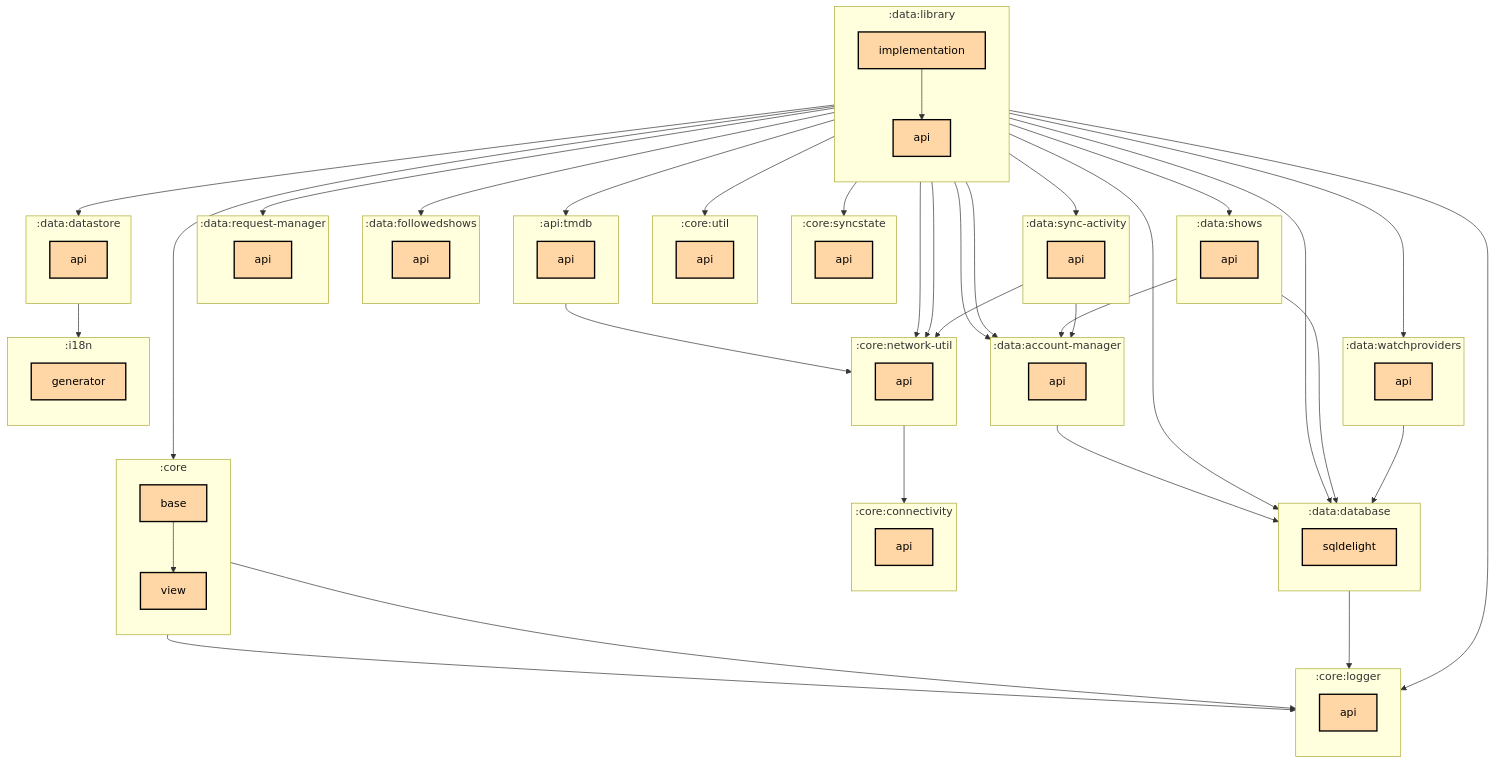
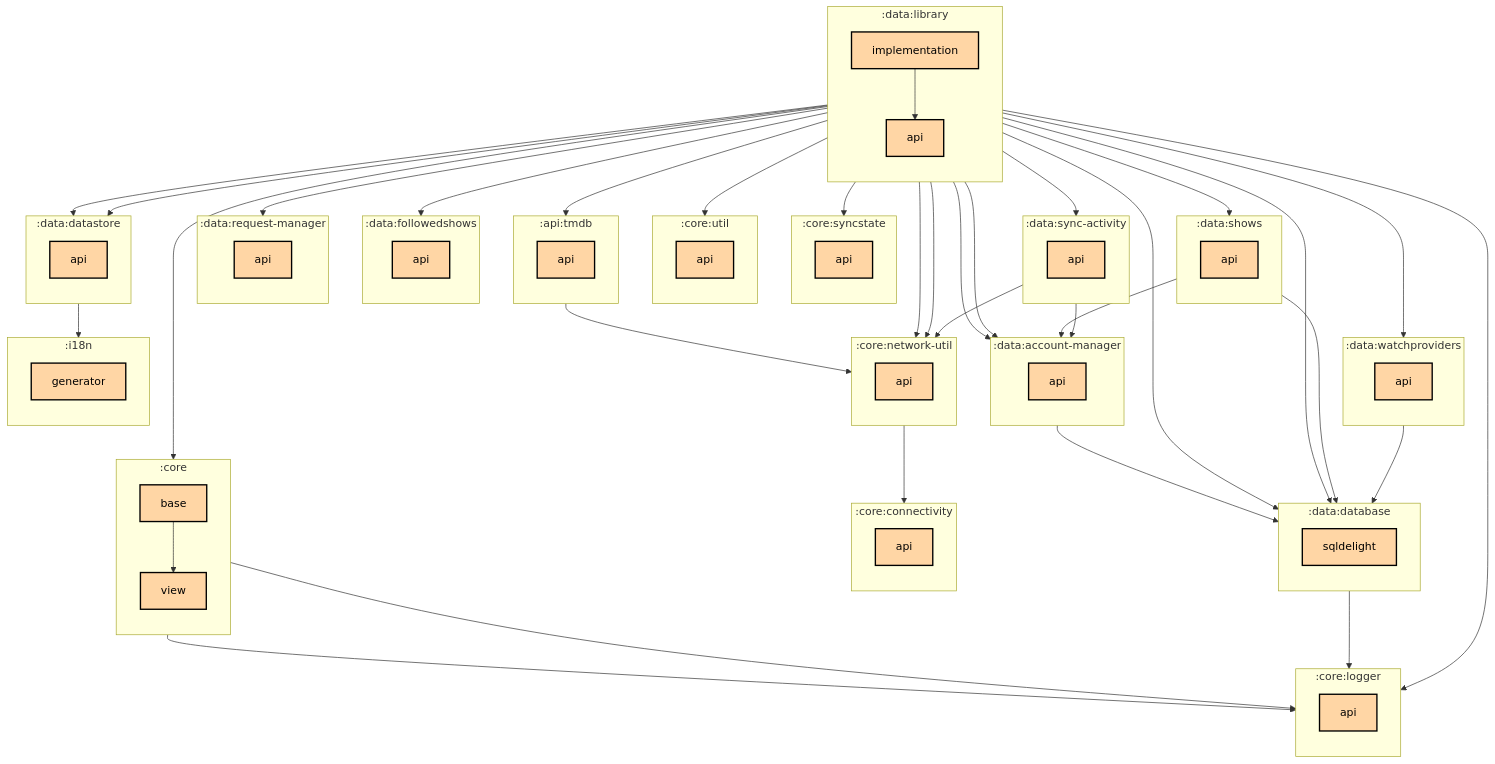
Before and after one commit to thomaskioko/tv-maniac: the first of 2 diagrams in data/library/implementation/README.md, drawn with Mermaid. The commit also changed 45 other files, not shown here.

Commit message:
Regenerate the module dependency graphs

```diff
--- a/data/library/implementation/README.md
+++ b/data/library/implementation/README.md
@@ -87,6 +87,7 @@
   :data:library:api --> :core:network-util:api
   :data:library:api --> :data:account-manager:api
   :data:library:api --> :data:database:sqldelight
+  :data:library:api --> :data:datastore:api
   :data:library:implementation --> :api:tmdb:api
   :data:library:implementation --> :core:base
   :data:library:implementation --> :core:logger:api
```
